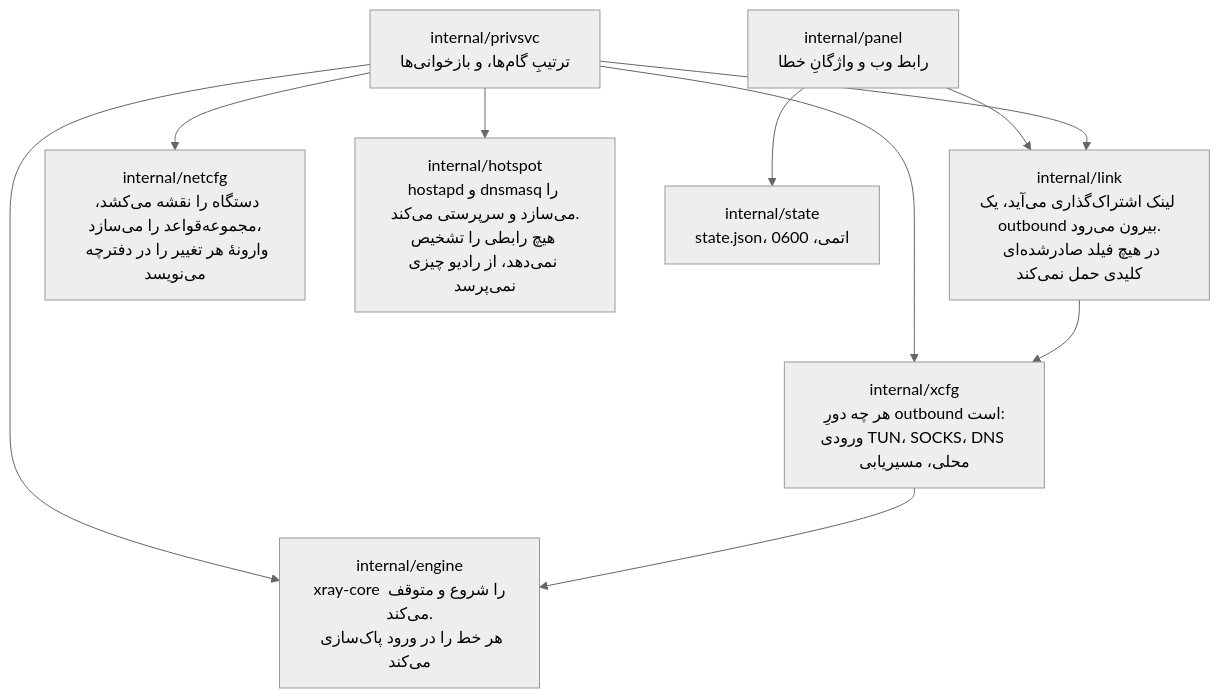
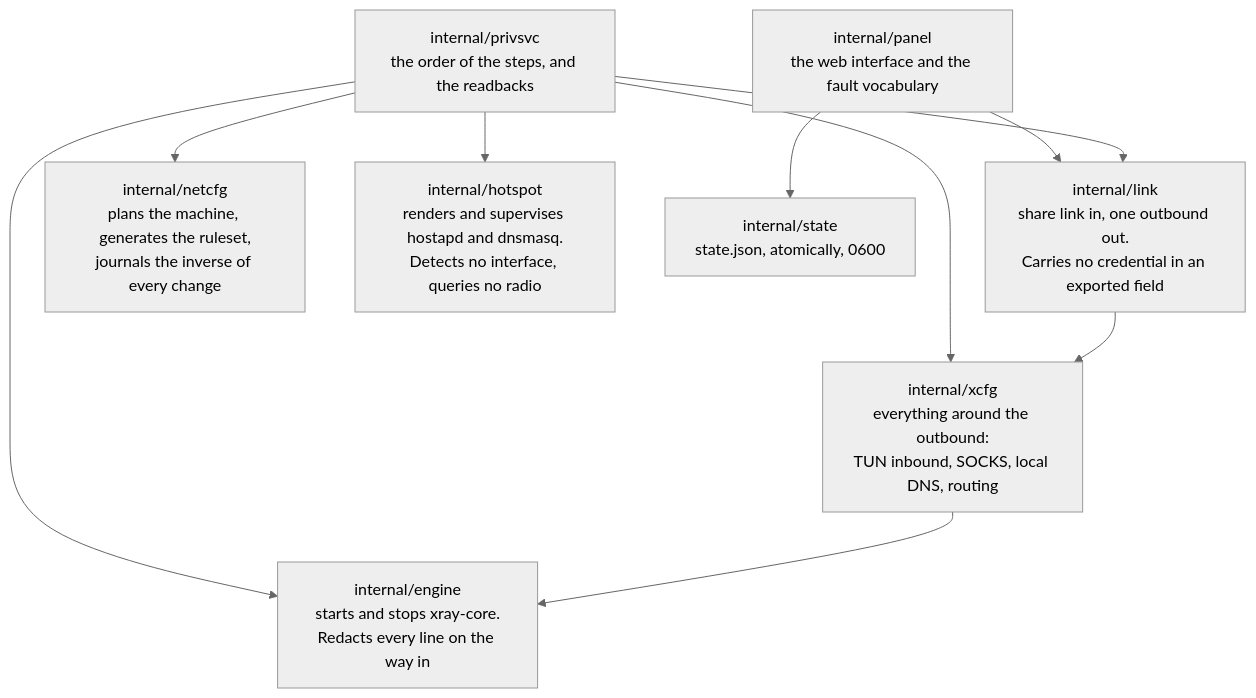
Before and after one commit to Iman/caspian: the second of 8 diagrams in docs/wiki/Architecture.fa.md, drawn with Mermaid (neutral theme). The commit also changed other lines of this file and 149 other files, not shown here.

````diff
--- a/docs/wiki/Architecture.fa.md
+++ b/docs/wiki/Architecture.fa.md
@@ -114,21 +107,21 @@
 ```mermaid
 flowchart TB
-    LINK["internal/link<br/>لینک اشتراک‌گذاری می‌آید، یک outbound بیرون می‌رود.<br/>در هیچ فیلد صادرشده‌ای کلیدی حمل نمی‌کند"]
-    XCFG["internal/xcfg<br/>هر چه دورِ outbound است:<br/>ورودی TUN، SOCKS، DNS محلی، مسیریابی"]
-    ENGINE["internal/engine<br/>xray-core را شروع و متوقف می‌کند.<br/>هر خط را در ورود پاک‌سازی می‌کند"]
-    NETCFG["internal/netcfg<br/>دستگاه را نقشه می‌کشد، مجموعه‌قواعد را می‌سازد،<br/>وارونهٔ هر تغییر را در دفترچه می‌نویسد"]
-    HOTSPOT["internal/hotspot<br/>hostapd و dnsmasq را می‌سازد و سرپرستی می‌کند.<br/>هیچ رابطی را تشخیص نمی‌دهد، از رادیو چیزی نمی‌پرسد"]
-    STATE["internal/state<br/>state.json، اتمی، 0600"]
-    PANEL["internal/panel<br/>رابط وب و واژگانِ خطا"]
-    PRIVSVC["internal/privsvc<br/>ترتیبِ گام‌ها، و بازخوانی‌ها"]
+    LINK["internal/link<br/>share link in, one outbound out.<br/>Carries no credential in an exported field"]
+    XCFG["internal/xcfg<br/>everything around the outbound:<br/>TUN inbound, SOCKS, local DNS, routing"]
+    ENGINE["internal/engine<br/>starts and stops xray-core.<br/>Redacts every line on the way in"]
+    NETCFG["internal/netcfg<br/>plans the machine, generates the ruleset,<br/>journals the inverse of every change"]
+    HOTSPOT["internal/hotspot<br/>renders and supervises hostapd and dnsmasq.<br/>Detects no interface, queries no radio"]
+    STATE["internal/state<br/>state.json, atomically, 0600"]
+    PANEL["internal/panel<br/>the web interface and the fault vocabulary"]
+    PRIVSVC["internal/privsvc<br/>the order of the steps, and the readbacks"]
 
     PANEL --> LINK
     PANEL --> STATE
     PRIVSVC --> LINK
     PRIVSVC --> XCFG
     PRIVSVC --> NETCFG
     PRIVSVC --> HOTSPOT
     PRIVSVC --> ENGINE
     LINK --> XCFG
     XCFG --> ENGINE
 ```
````
